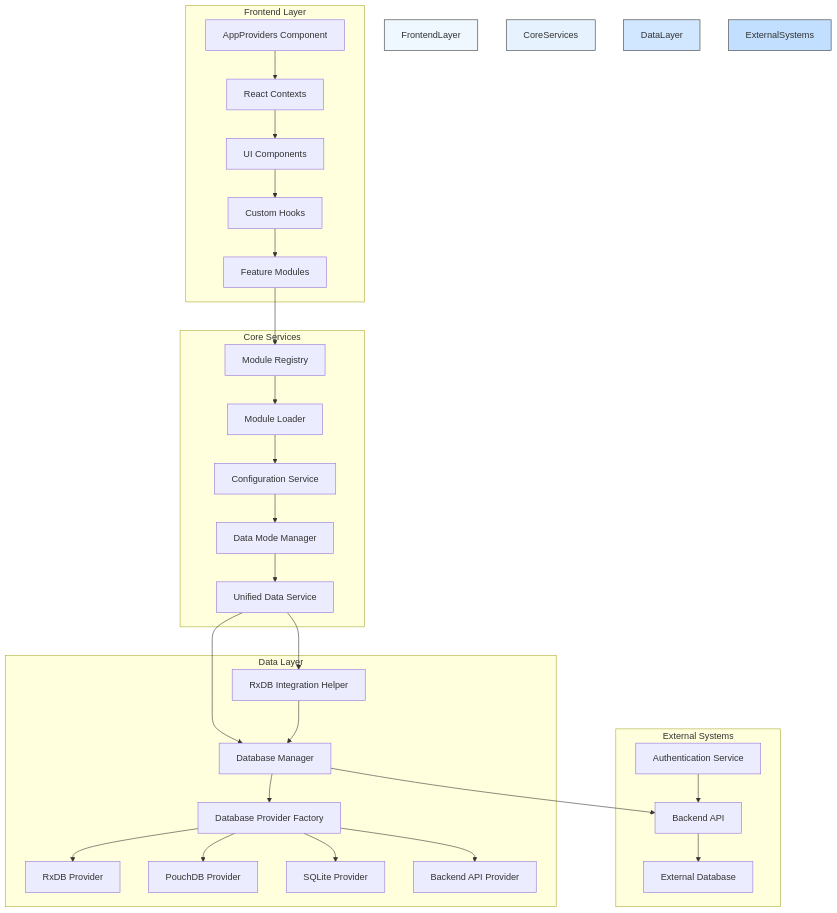
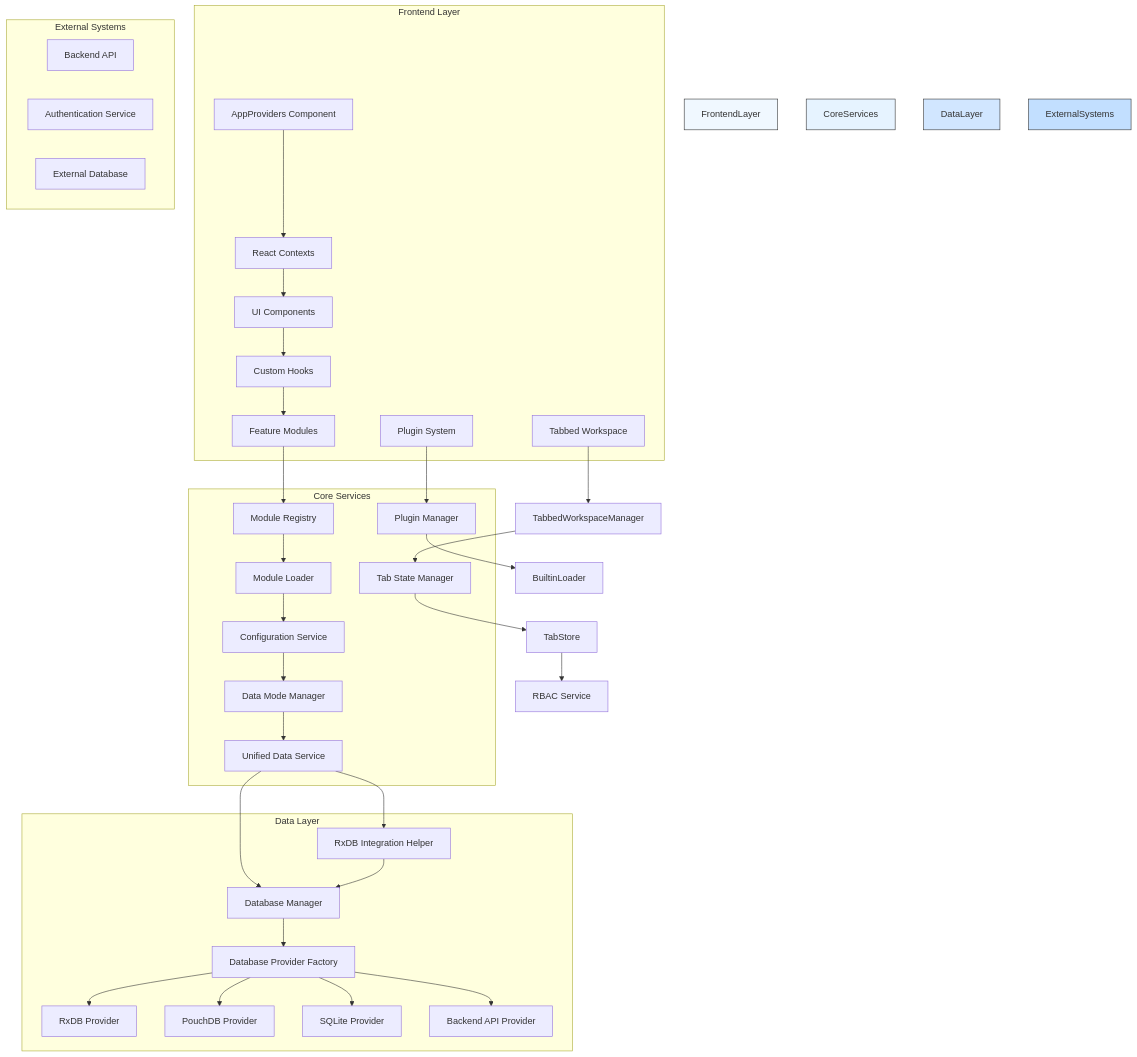
The second of 8 diagrams in .qoder/repowiki/en/content/Architecture Overview/Architecture Overview.md (geniusdynamics/schoolpilot), drawn with Mermaid before and after one commit. The commit also changed other lines of this file and 12 other files, not shown here.

````diff
--- a/.qoder/repowiki/en/content/Architecture Overview/Architecture Overview.md
+++ b/.qoder/repowiki/en/content/Architecture Overview/Architecture Overview.md
@@ -190,55 +236,62 @@
 ```mermaid
 graph TD
 subgraph "Frontend Layer"
 AppProviders[AppProviders Component]
 Contexts[React Contexts]
 Components[UI Components]
 Hooks[Custom Hooks]
 Modules[Feature Modules]
+Plugins[Plugin System]
+TabbedWorkspace[Tabbed Workspace]
 end
 subgraph "Core Services"
 ModuleRegistry[Module Registry]
 ModuleLoader[Module Loader]
 ConfigService[Configuration Service]
 DataModeManager[Data Mode Manager]
 UnifiedDataService[Unified Data Service]
+TabStateManager[Tab State Manager]
+PluginManager[Plugin Manager]
 end
 subgraph "Data Layer"
 DatabaseManager[Database Manager]
 ProviderFactory[Database Provider Factory]
 RxDBIntegrationHelper[RxDB Integration Helper]
 RxDBProvider[RxDB Provider]
 PouchDBProvider[PouchDB Provider]
 SQLiteProvider[SQLite Provider]
 BackendAPIProvider[Backend API Provider]
 end
 subgraph "External Systems"
 BackendAPI[Backend API]
 AuthService[Authentication Service]
 ExternalDB[External Database]
 end
 AppProviders --> Contexts
 Contexts --> Components
 Components --> Hooks
 Hooks --> Modules
 Modules --> ModuleRegistry
 ModuleRegistry --> ModuleLoader
 ModuleLoader --> ConfigService
 ConfigService --> DataModeManager
 DataModeManager --> UnifiedDataService
 UnifiedDataService --> DatabaseManager
 DatabaseManager --> ProviderFactory
 ProviderFactory --> RxDBProvider
 ProviderFactory --> PouchDBProvider
 ProviderFactory --> SQLiteProvider
 ProviderFactory --> BackendAPIProvider
 UnifiedDataService --> RxDBIntegrationHelper
 RxDBIntegrationHelper --> DatabaseManager
-DatabaseManager --> BackendAPI
-BackendAPI --> ExternalDB
-AuthService --> BackendAPI
+Plugins --> PluginManager
+PluginManager --> BuiltinLoader
+TabbedWorkspace --> TabbedWorkspaceManager
+TabbedWorkspaceManager --> TabStateManager
+TabStateManager --> TabStore
+TabStore --> RBACService[RBAC Service]
 style FrontendLayer fill:#f0f8ff,stroke:#333
 style CoreServices fill:#e6f3ff,stroke:#333
 style DataLayer fill:#d1e6ff,stroke:#333
 style ExternalSystems fill:#c2dfff,stroke:#333
 ```
````
